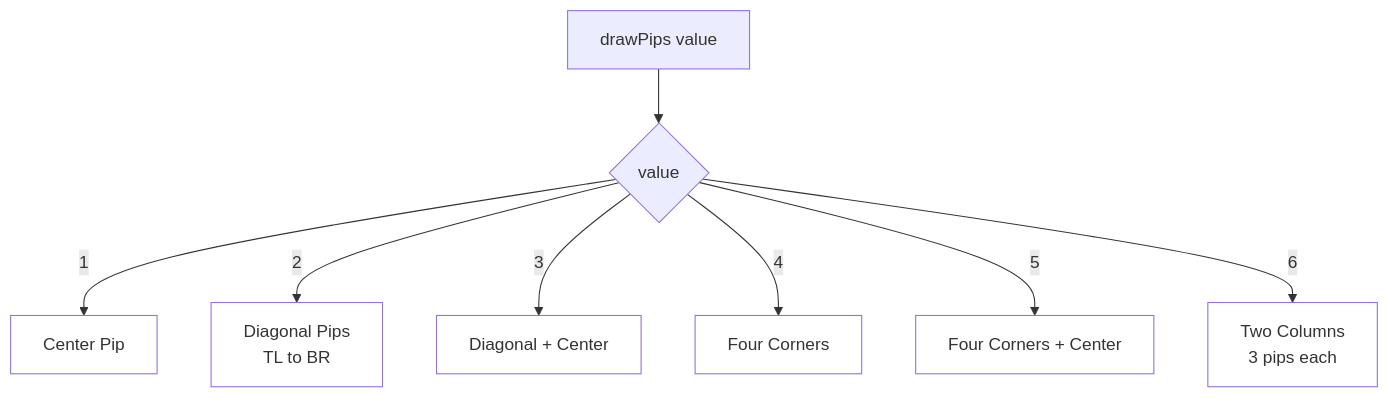
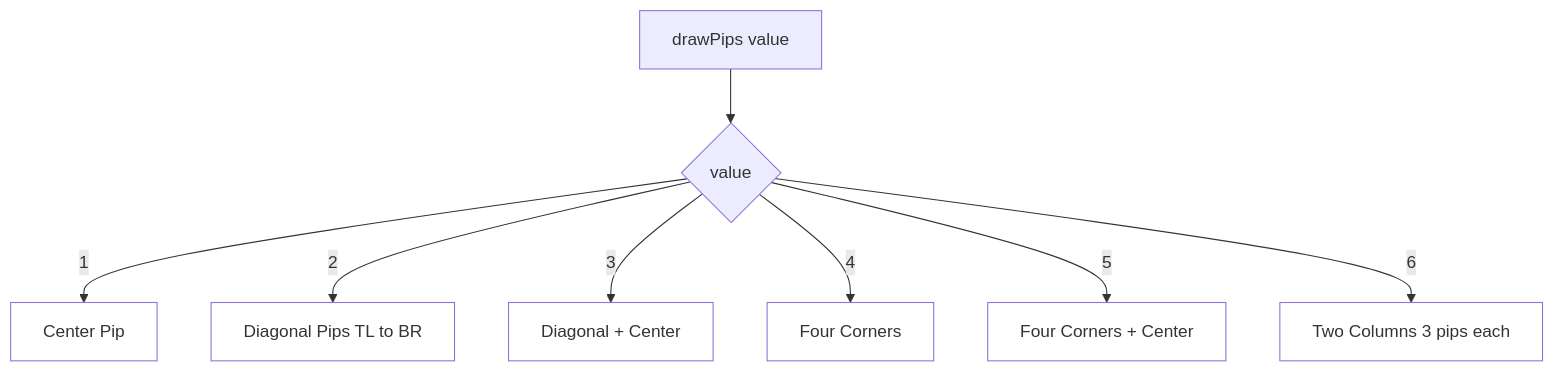
The ninth of 15 diagrams in wiki/Frontend-3D.md (softwarewrighter/shut_the_box), drawn with Mermaid before and after one commit. The commit also changed other lines of this file and 5 other files, not shown here.

````diff
--- a/wiki/Frontend-3D.md
+++ b/wiki/Frontend-3D.md
@@ -284,18 +284,18 @@
 ```mermaid
 graph TD
     PIPS[drawPips value] --> CHECK{value}
 
     CHECK -->|1| ONE[Center Pip]
-    CHECK -->|2| TWO[Diagonal Pips<br/>TL to BR]
+    CHECK -->|2| TWO[Diagonal Pips TL to BR]
     CHECK -->|3| THREE[Diagonal + Center]
     CHECK -->|4| FOUR[Four Corners]
     CHECK -->|5| FIVE[Four Corners + Center]
-    CHECK -->|6| SIX[Two Columns<br/>3 pips each]
+    CHECK -->|6| SIX[Two Columns 3 pips each]
 
     style ONE fill:#fff
     style TWO fill:#fff
     style THREE fill:#fff
     style FOUR fill:#fff
     style FIVE fill:#fff
     style SIX fill:#fff
 ```
````
